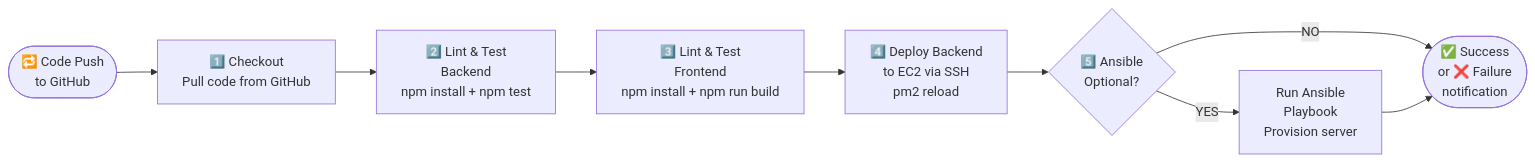
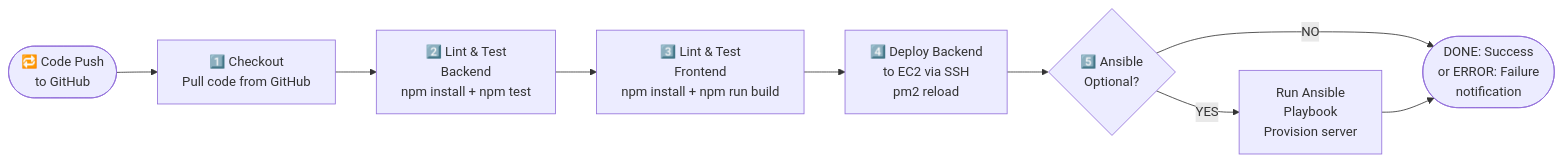
The sixth of 6 diagrams in QA.md (ayushdayal900/Mahalaxmi-Tailoring), drawn with Mermaid before and after one commit. The commit also changed other lines of this file and 19 other files, not shown here.

````diff
--- a/QA.md
+++ b/QA.md
@@ -1086,14 +1086,14 @@
 ```mermaid
 flowchart LR
     A([🔁 Code Push\nto GitHub]) --> B
 
     B[1️⃣ Checkout\nPull code from GitHub]
     B --> C[2️⃣ Lint & Test\nBackend\nnpm install + npm test]
     C --> D[3️⃣ Lint & Test\nFrontend\nnpm install + npm run build]
     D --> E[4️⃣ Deploy Backend\nto EC2 via SSH\npm2 reload]
     E --> F{5️⃣ Ansible\nOptional?}
     F -- YES --> G[Run Ansible\nPlaybook\nProvision server]
     F -- NO --> H
 
-    G --> H([✅ Success\nor ❌ Failure\nnotification])
+    G --> H([DONE:  Success\nor ERROR:  Failure\nnotification])
 ```
````
